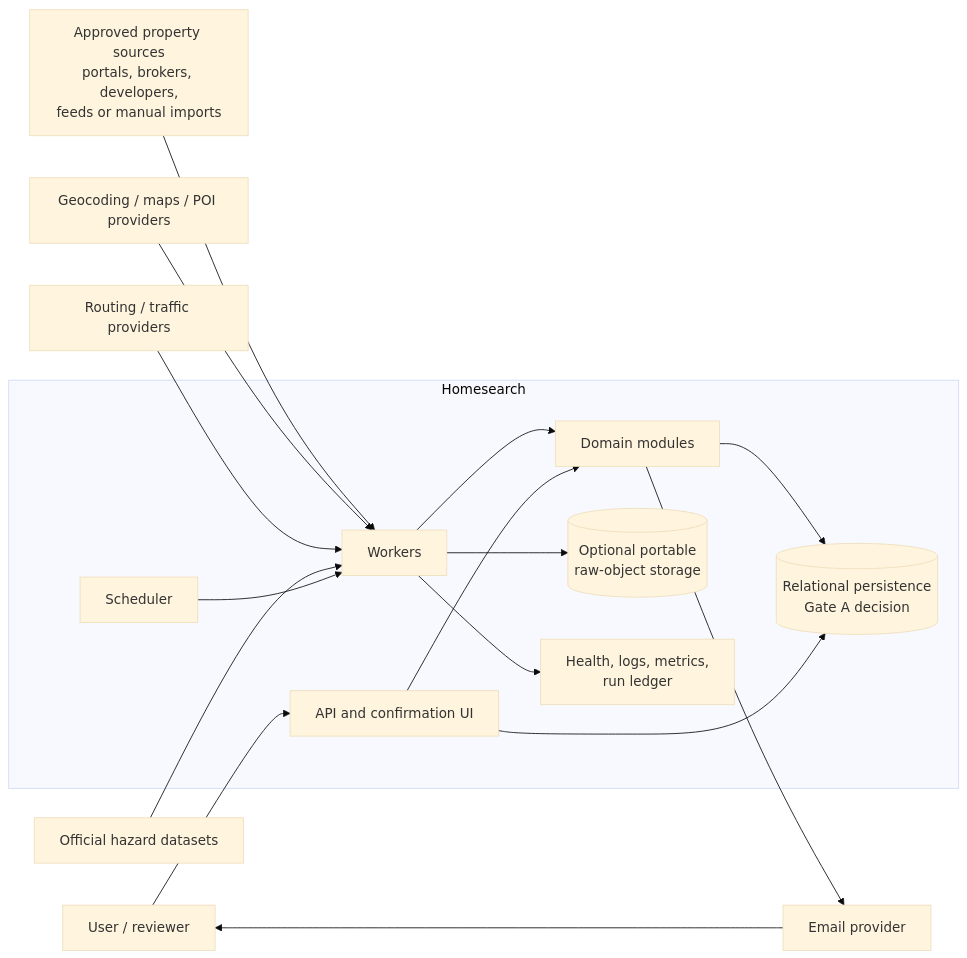
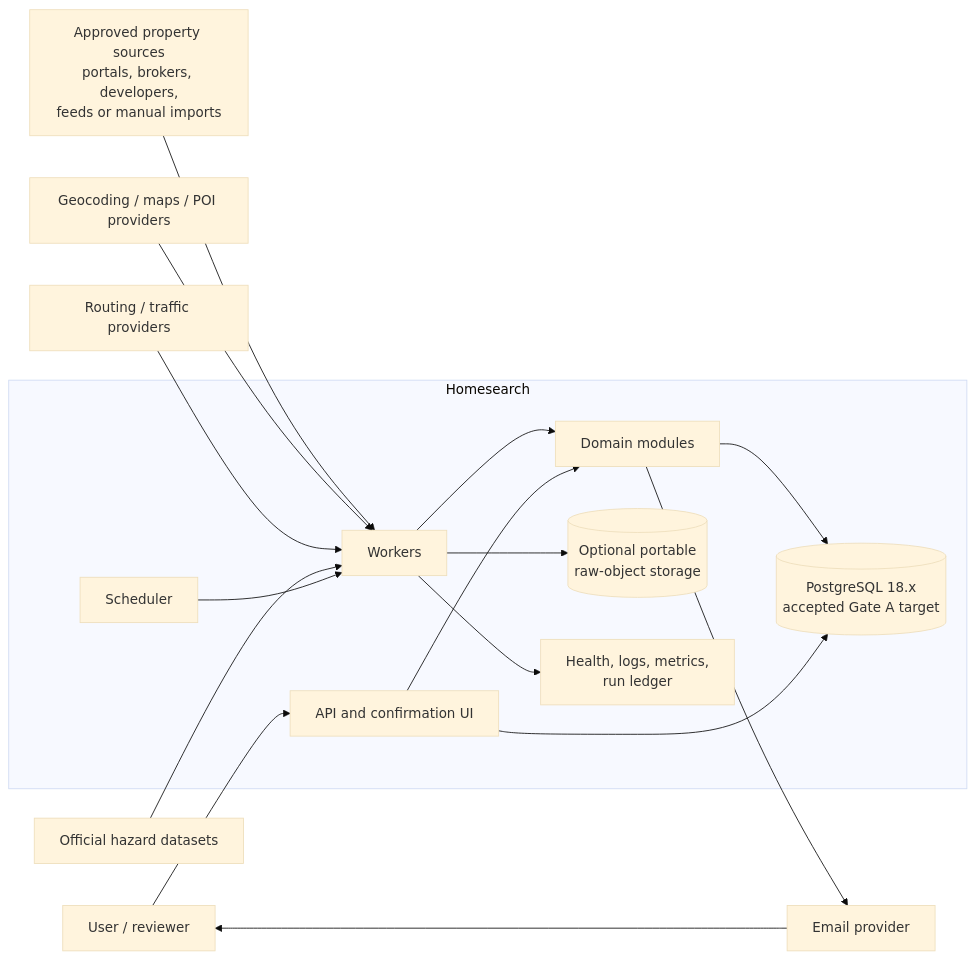
The diagram in docs/architecture.md (Bacchiyt/homesearch), drawn with Mermaid (base theme) before and after one commit. The commit also changed other lines of this file and 21 other files, not shown here.

````diff
--- a/docs/architecture.md
+++ b/docs/architecture.md
@@ -41,34 +41,34 @@
 ```mermaid
 flowchart LR
     User["User / reviewer"]
     Sources["Approved property sources<br/>portals, brokers, developers,<br/>feeds or manual imports"]
     Geo["Geocoding / maps / POI providers"]
     Route["Routing / traffic providers"]
     Hazard["Official hazard datasets"]
     Mail["Email provider"]
 
     subgraph HS["Homesearch"]
         API["API and confirmation UI"]
         Scheduler["Scheduler"]
         Workers["Workers"]
         Domain["Domain modules"]
-        DB[("Relational persistence<br/>Gate A decision")]
+        DB[("PostgreSQL 18.x<br/>accepted Gate A target")]
         Blob[("Optional portable<br/>raw-object storage")]
         Ops["Health, logs, metrics,<br/>run ledger"]
     end
 
     Sources --> Workers
     Geo --> Workers
     Route --> Workers
     Hazard --> Workers
     Scheduler --> Workers
     Workers --> Domain
     Domain --> DB
     Workers --> Blob
     Workers --> Ops
     Domain --> Mail
     Mail --> User
     User --> API
     API --> Domain
     API --> DB
 ```
````
